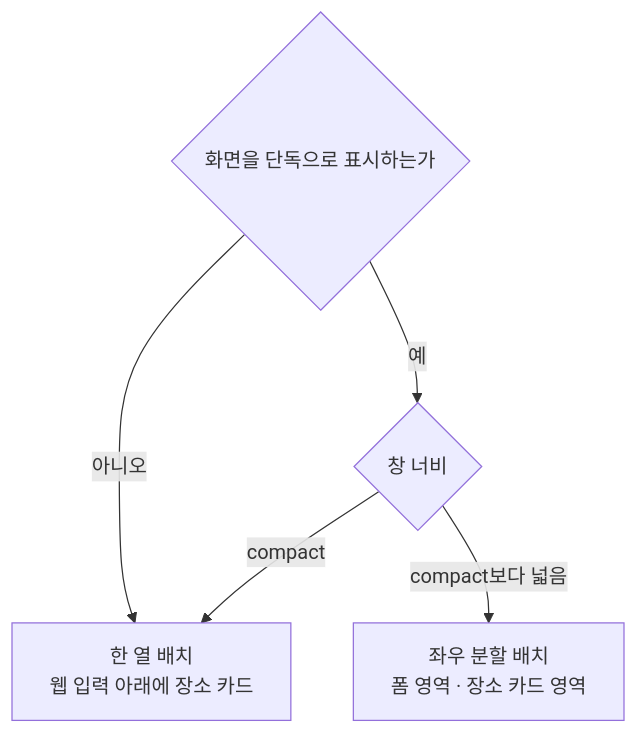
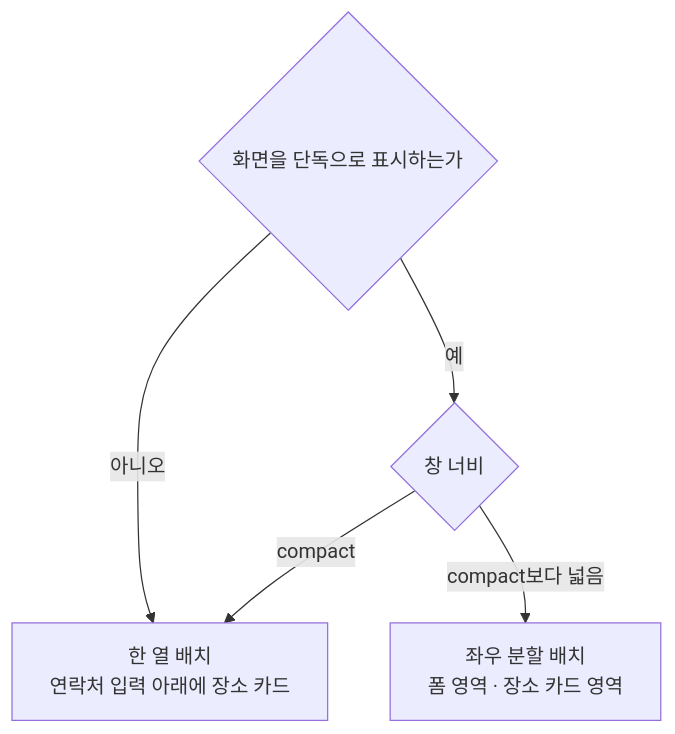
Before and after one commit to taetae98coding/DiaryKMP: the diagram in docs/design/memo-form.md, drawn with Mermaid. The commit also changed other lines of this file and 28 other files, not shown here.

````diff
--- a/docs/design/memo-form.md
+++ b/docs/design/memo-form.md
@@ -22,8 +24,8 @@
 ```mermaid
 flowchart TD
     Single{"화면을 단독으로 표시하는가"}
-    Single -- 아니오 --> Column["한 열 배치<br/>웹 입력 아래에 장소 카드"]
+    Single -- 아니오 --> Column["한 열 배치<br/>연락처 입력 아래에 장소 카드"]
     Single -- 예 --> Width{"창 너비"}
     Width -- compact --> Column
     Width -- compact보다 넓음 --> Split["좌우 분할 배치<br/>폼 영역 · 장소 카드 영역"]
 ```
````
